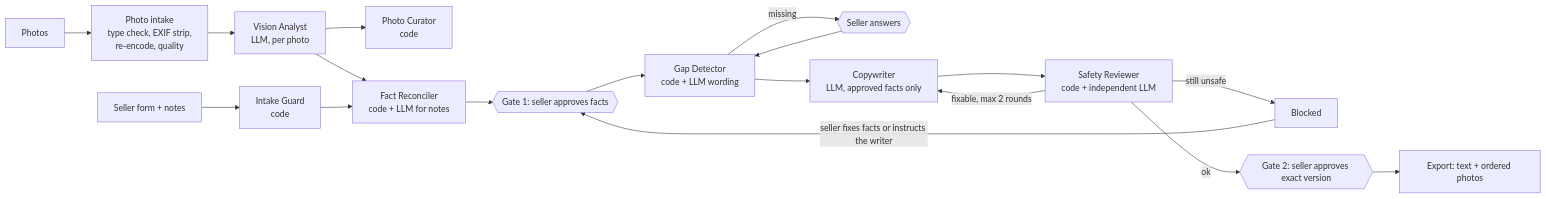
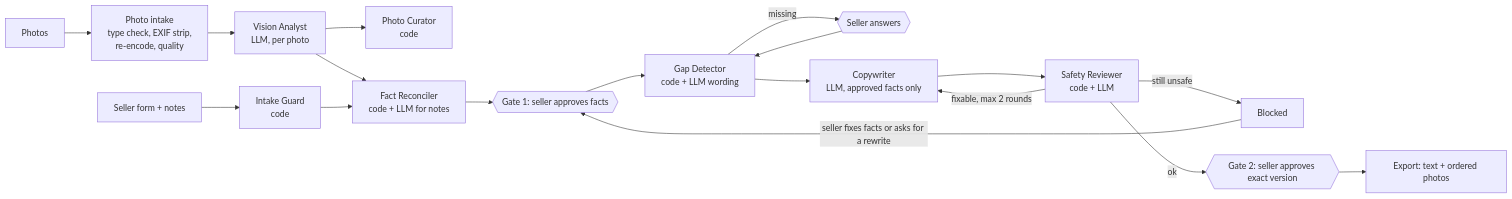
Before and after one commit to ozcivitcagkan/AI-Marketplace-Listing-Assistant: the diagram in README.md, drawn with Mermaid. The commit also changed other lines of this file and 33 other files, not shown here.

````diff
--- a/README.md
+++ b/README.md
@@ -20,19 +32,19 @@
 ```mermaid
 flowchart LR
   F[Seller form + notes] --> IG[Intake Guard<br/>code]
   P[Photos] --> PI[Photo intake<br/>type check, EXIF strip,<br/>re-encode, quality]
   PI --> VA[Vision Analyst<br/>LLM, per photo]
   VA --> PC[Photo Curator<br/>code]
   VA --> FR[Fact Reconciler<br/>code + LLM for notes]
   IG --> FR
   FR --> G1{{Gate 1: seller approves facts}}
   G1 --> GD[Gap Detector<br/>code + LLM wording]
   GD -->|missing| Q{{Seller answers}} --> GD
   GD --> CW[Copywriter<br/>LLM, approved facts only]
-  CW --> SR[Safety Reviewer<br/>code + independent LLM]
+  CW --> SR[Safety Reviewer<br/>code + LLM]
   SR -->|fixable, max 2 rounds| CW
   SR -->|still unsafe| B[Blocked]
-  B -->|seller fixes facts or instructs the writer| G1
+  B -->|seller fixes facts or asks for a rewrite| G1
   SR -->|ok| G2{{Gate 2: seller approves exact version}}
   G2 --> EX[Export: text + ordered photos]
 ```
````
